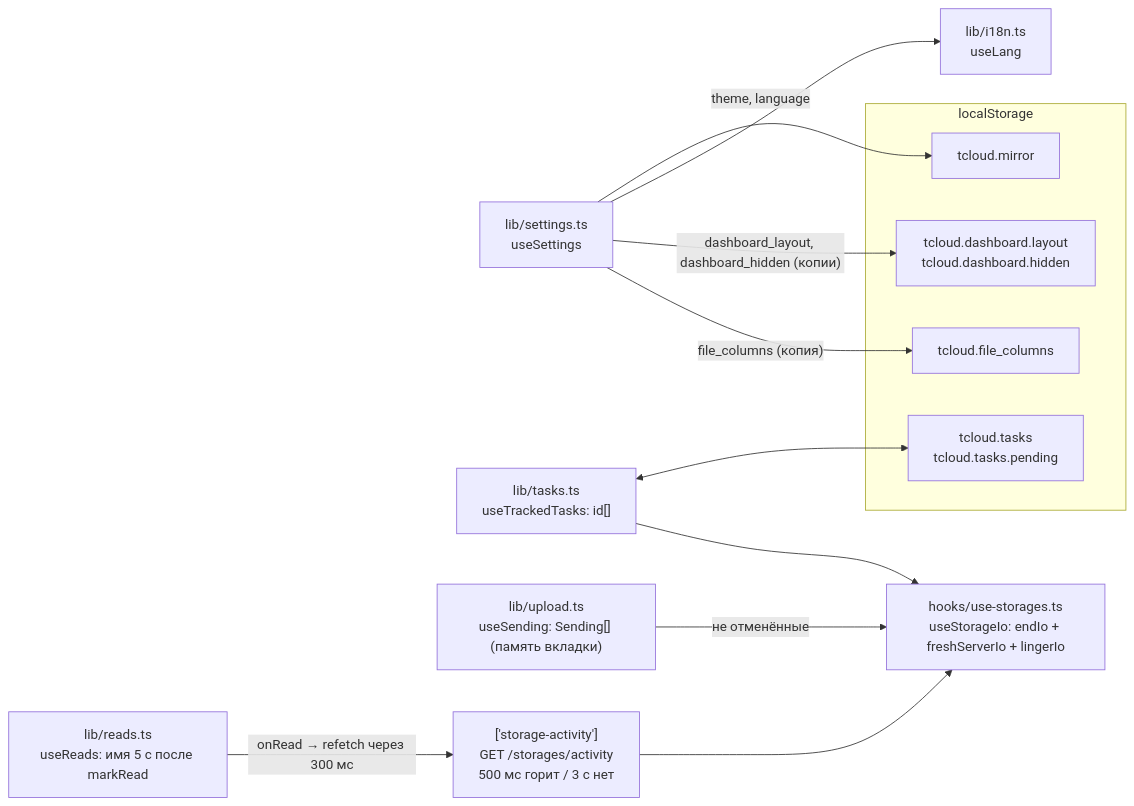
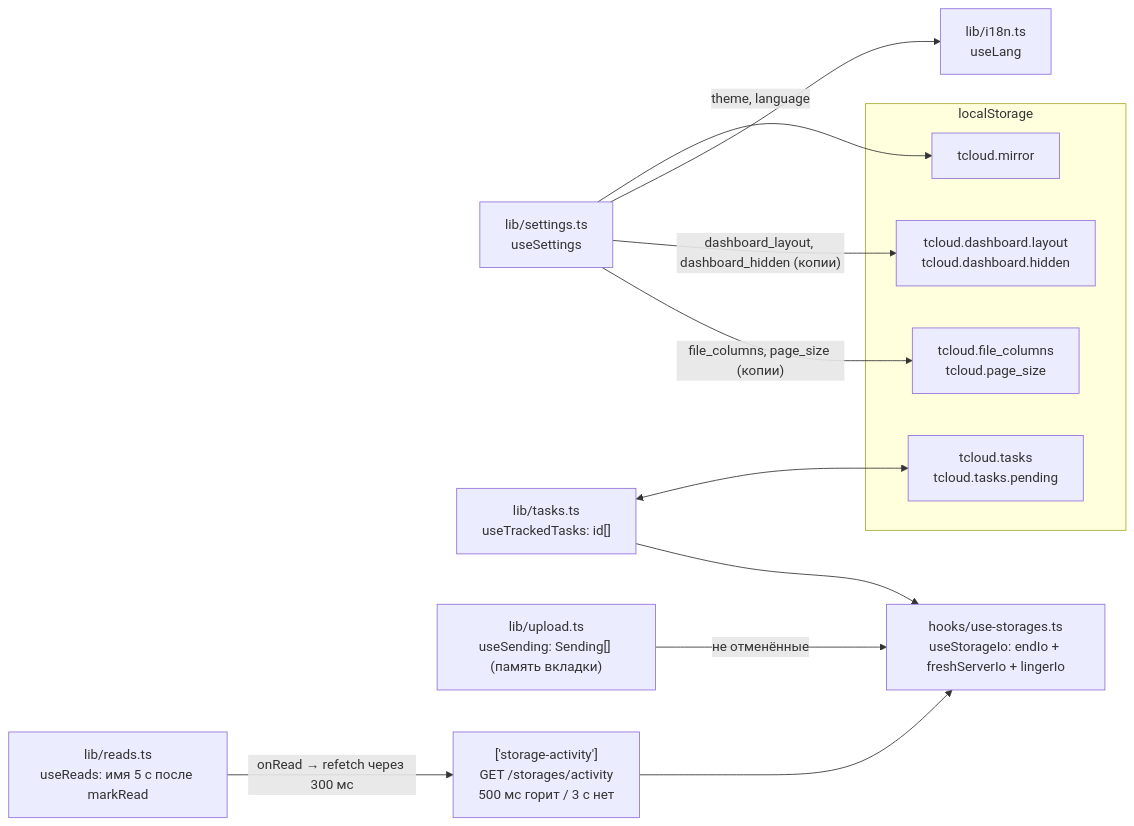
The second of 5 diagrams in docs/data-flow.md (NikitkaZXC/tcloud-frontend), drawn with Mermaid before and after one commit. The commit also changed other lines of this file and 11 other files, not shown here.

Commit message:
feat: configurable folder page size (interface.page_size)

````diff
--- a/docs/data-flow.md
+++ b/docs/data-flow.md
@@ -102,22 +102,22 @@
 ```mermaid
 flowchart LR
     subgraph ls["localStorage"]
         tasksLs["tcloud.tasks<br/>tcloud.tasks.pending"]
         mirror["tcloud.mirror"]
         layout["tcloud.dashboard.layout<br/>tcloud.dashboard.hidden"]
-        cols["tcloud.file_columns"]
+        cols["tcloud.file_columns<br/>tcloud.page_size"]
     end
     settings["lib/settings.ts<br/>useSettings"] -- "theme, language" --> mirror
     tasks["lib/tasks.ts<br/>useTrackedTasks: id[]"] <--> tasksLs
     sending["lib/upload.ts<br/>useSending: Sending[] (память вкладки)"]
     reads["lib/reads.ts<br/>useReads: имя 5 с после markRead"]
     lang["lib/i18n.ts<br/>useLang"]
     io["hooks/use-storages.ts<br/>useStorageIo: endIo + freshServerIo + lingerIo"]
     srvIo["['storage-activity']<br/>GET /storages/activity<br/>500 мс горит / 3 с нет"] --> io
     sending -- "не отменённые" --> io
     tasks --> io
     reads -- "onRead → refetch через 300 мс" --> srvIo
     settings --> lang
     settings -- "dashboard_layout, dashboard_hidden (копии)" --> layout
-    settings -- "file_columns (копия)" --> cols
+    settings -- "file_columns, page_size (копии)" --> cols
 ```
````
